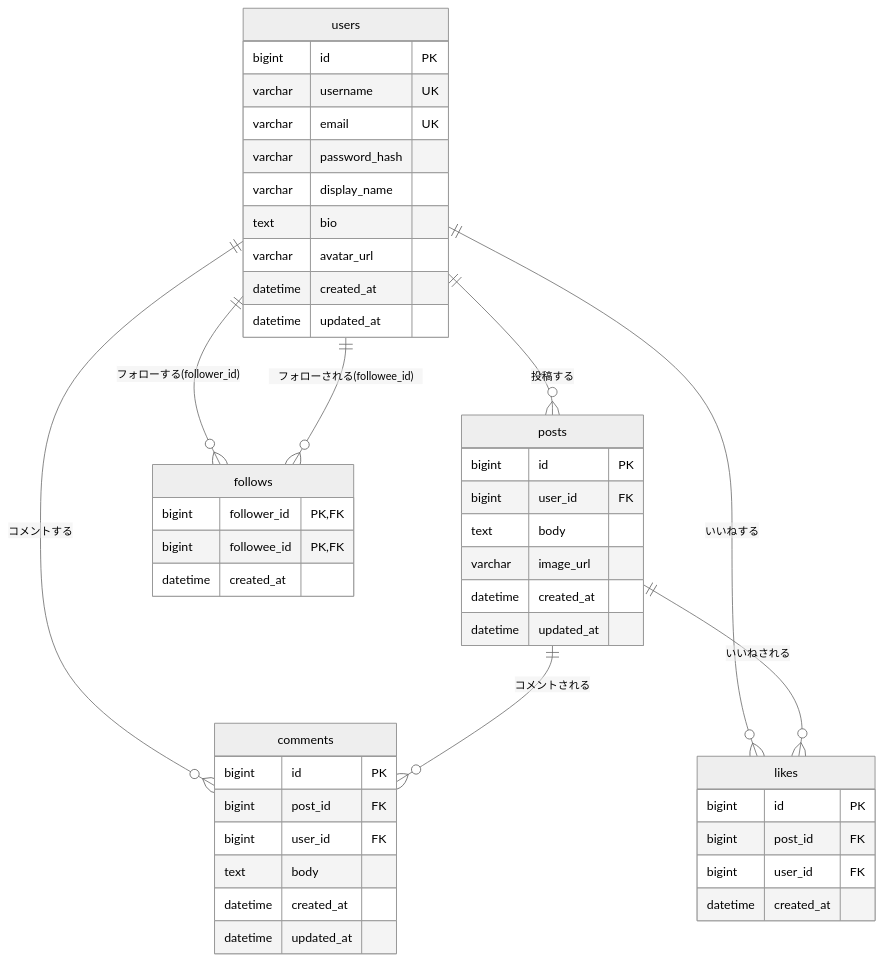
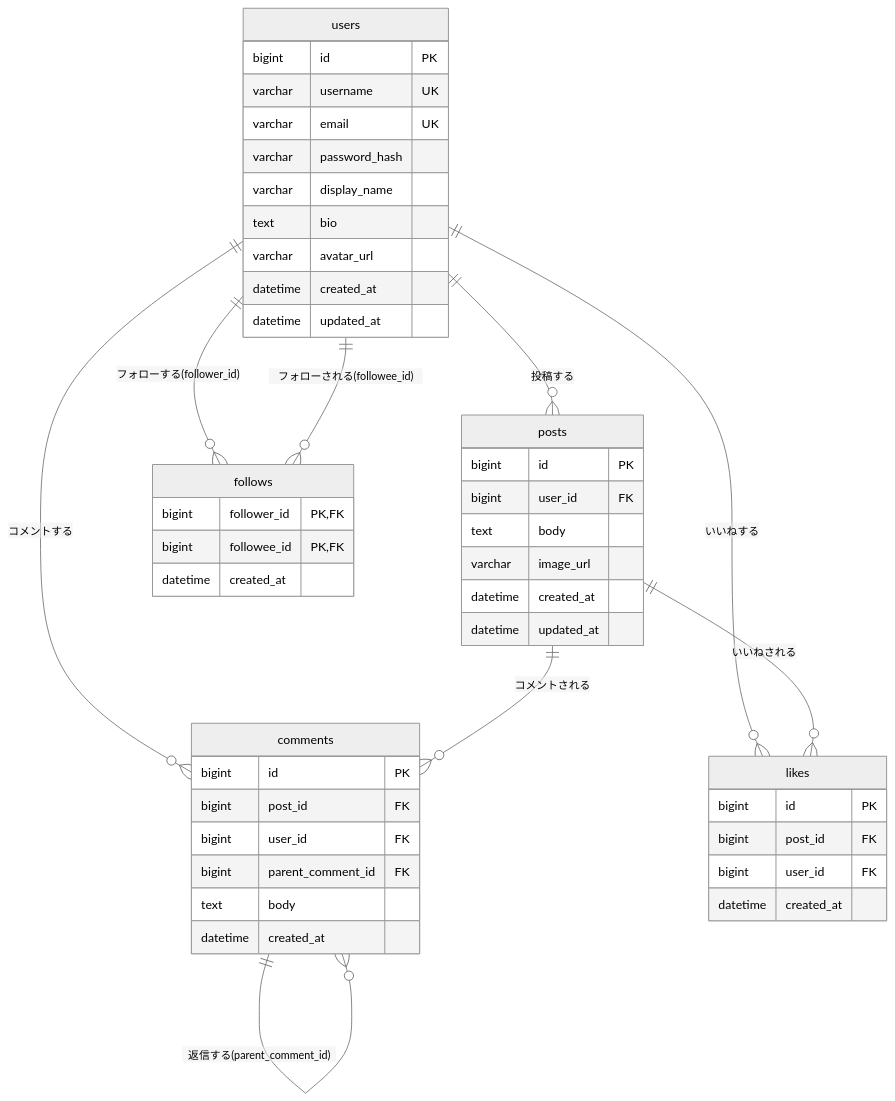
The diagram in docs/database-design.md (kobochan01/RaiseSNS), drawn with Mermaid (neutral theme) before and after one commit. The commit also changed other lines of this file and 52 other files, not shown here.

````diff
--- a/docs/database-design.md
+++ b/docs/database-design.md
@@ -5,53 +5,54 @@
 ```mermaid
 erDiagram
     users {
         bigint id PK
         varchar username UK
         varchar email UK
         varchar password_hash
         varchar display_name
         text bio
         varchar avatar_url
         datetime created_at
         datetime updated_at
     }
 
     posts {
         bigint id PK
         bigint user_id FK
         text body
         varchar image_url
         datetime created_at
         datetime updated_at
     }
 
     comments {
         bigint id PK
         bigint post_id FK
         bigint user_id FK
+        bigint parent_comment_id FK
         text body
         datetime created_at
-        datetime updated_at
     }
 
     likes {
         bigint id PK
         bigint post_id FK
         bigint user_id FK
         datetime created_at
     }
 
     follows {
         bigint follower_id PK, FK
         bigint followee_id PK, FK
         datetime created_at
     }
 
     users ||--o{ posts : "投稿する"
     users ||--o{ comments : "コメントする"
     posts ||--o{ comments : "コメントされる"
+    comments ||--o{ comments : "返信する(parent_comment_id)"
     users ||--o{ likes : "いいねする"
     posts ||--o{ likes : "いいねされる"
     users ||--o{ follows : "フォローする(follower_id)"
     users ||--o{ follows : "フォローされる(followee_id)"
 ```
````
